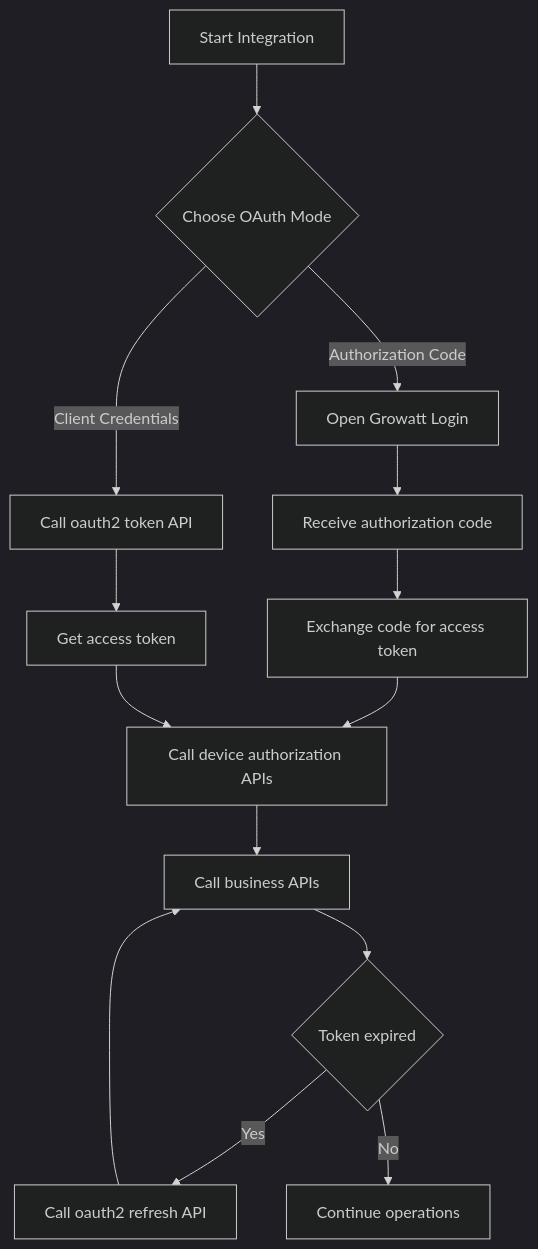
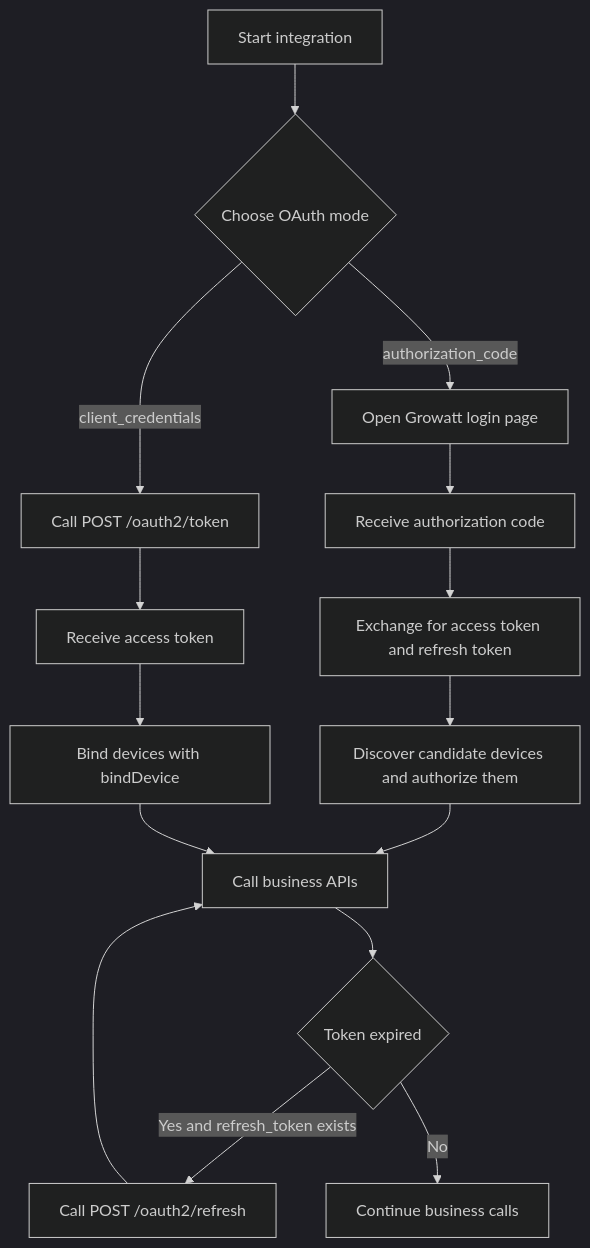
The first of 2 diagrams in Growatt API/OPENAPI/01_authentication.md (EugeneJian/growatt-unified-api), drawn with Mermaid (dark theme) before and after one commit. The commit also changed other lines of this file and 26 other files, not shown here.

````diff
--- a/Growatt API/OPENAPI/01_authentication.md
+++ b/Growatt API/OPENAPI/01_authentication.md
@@ -13,17 +9,18 @@
 ```mermaid
 %% 本代码严格遵循AI生成Mermaid代码的终极准则v4.1（Mermaid终极大师）
 flowchart TD
-    A["Start Integration"] --> B{"Choose OAuth Mode"}
-    B -->|"Authorization Code"| C["Open Growatt Login"]
-    B -->|"Client Credentials"| D["Call oauth2 token API"]
+    A["Start integration"] --> B{"Choose OAuth mode"}
+    B -->|"authorization_code"| C["Open Growatt login page"]
+    B -->|"client_credentials"| D["Call POST /oauth2/token"]
     C --> E["Receive authorization code"]
-    E --> F["Exchange code for access token"]
-    D --> G["Get access token"]
-    F --> H["Call device authorization APIs"]
-    G --> H
-    H --> I["Call business APIs"]
-    I --> J{"Token expired"}
-    J -->|"Yes"| K["Call oauth2 refresh API"]
-    K --> I
-    J -->|"No"| L["Continue operations"]
+    E --> F["Exchange for access token and refresh token"]
+    D --> G["Receive access token"]
+    F --> H["Discover candidate devices and authorize them"]
+    G --> I["Bind devices with bindDevice"]
+    H --> J["Call business APIs"]
+    I --> J
+    J --> K{"Token expired"}
+    K -->|"Yes and refresh_token exists"| L["Call POST /oauth2/refresh"]
+    K -->|"No"| M["Continue business calls"]
+    L --> J
 ```
````
